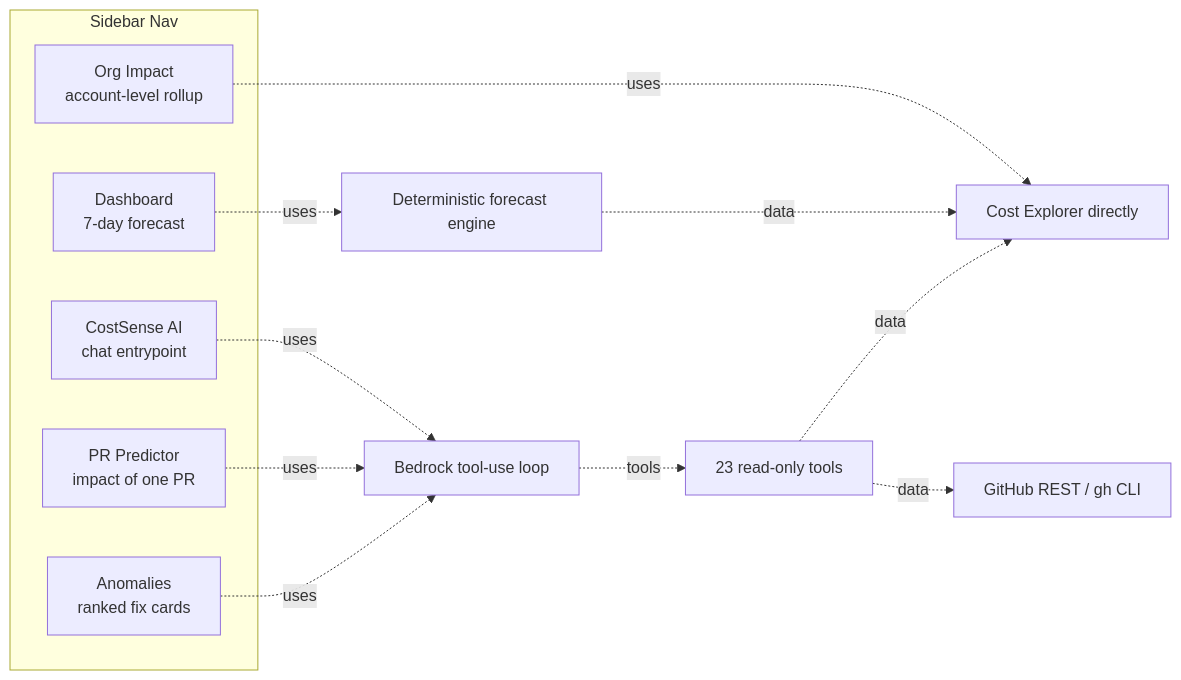
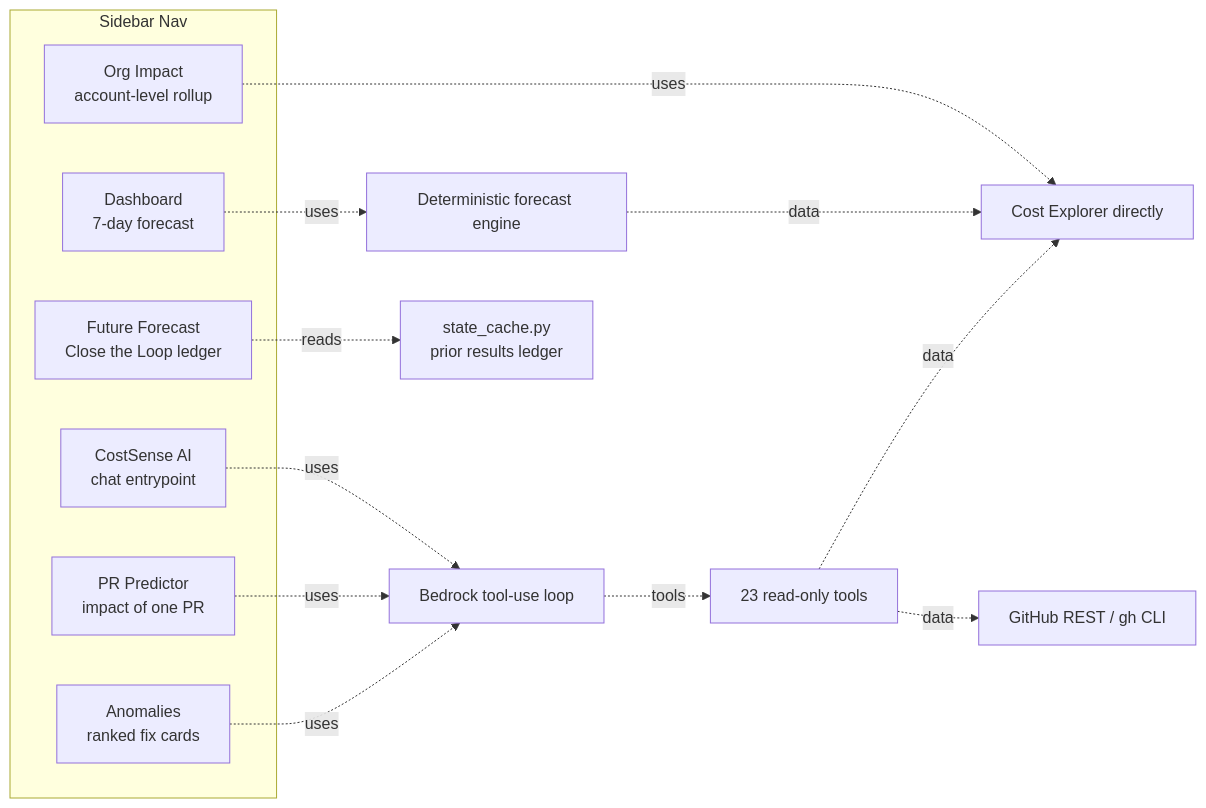
One commit to asrithdili/Costsense-Forecast changed the sixth of 6 diagrams in docs/DESIGN.md. Above: the diagram before and after it, drawn with Mermaid. The commit also changed other lines of this file and 4 other files, not shown here.

````diff
--- a/docs/DESIGN.md
+++ b/docs/DESIGN.md
@@ -254,21 +254,23 @@
 ```mermaid
 flowchart LR
     subgraph Nav[Sidebar Nav]
       A[CostSense AI<br/>chat entrypoint]
       D[Dashboard<br/>7-day forecast]
       P[PR Predictor<br/>impact of one PR]
       An[Anomalies<br/>ranked fix cards]
       O[Org Impact<br/>account-level rollup]
+      F[Future Forecast<br/>Close the Loop ledger]
     end
 
     A -.uses.-> Bedrock[Bedrock tool-use loop]
     D -.uses.-> Forecast[Deterministic forecast engine]
     P -.uses.-> Bedrock
     An -.uses.-> Bedrock
     O -.uses.-> CE[Cost Explorer directly]
+    F -.reads.-> Cache[state_cache.py<br/>prior results ledger]
 
     Bedrock -.tools.-> Tools[23 read-only tools]
     Forecast -.data.-> CE
     Tools -.data.-> CE
     Tools -.data.-> GH[GitHub REST / gh CLI]
 ```
````
